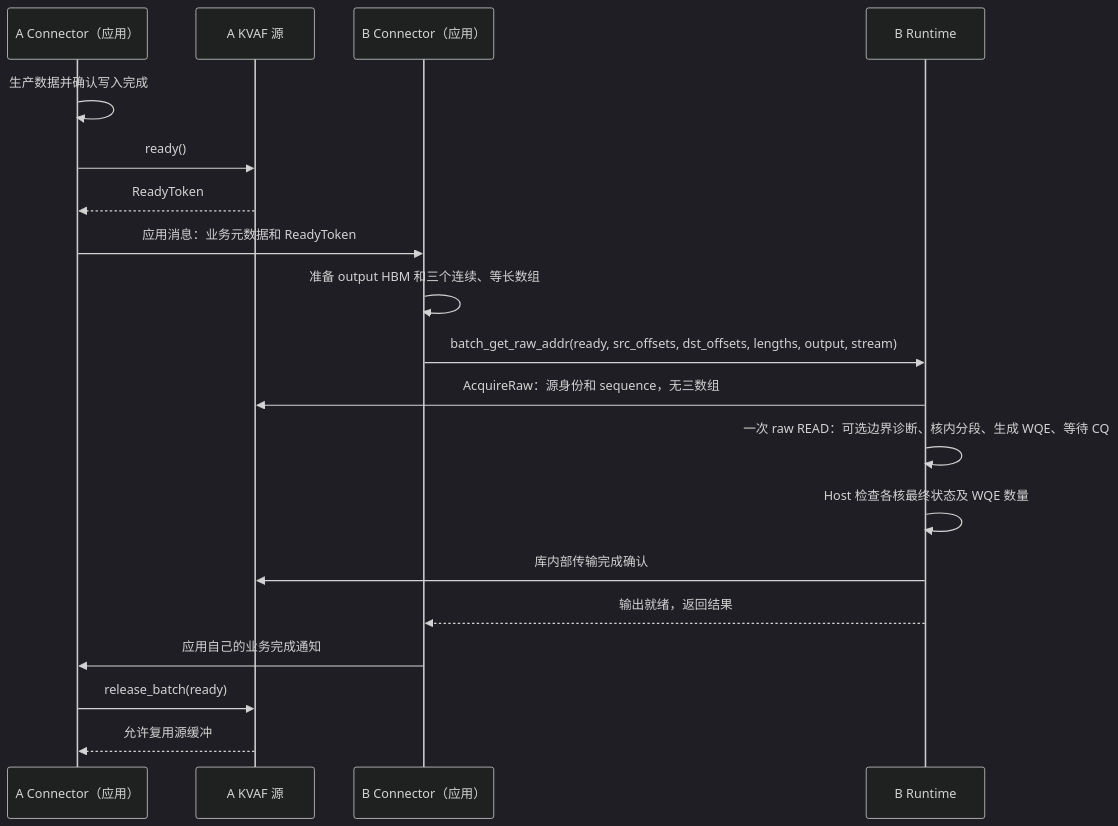
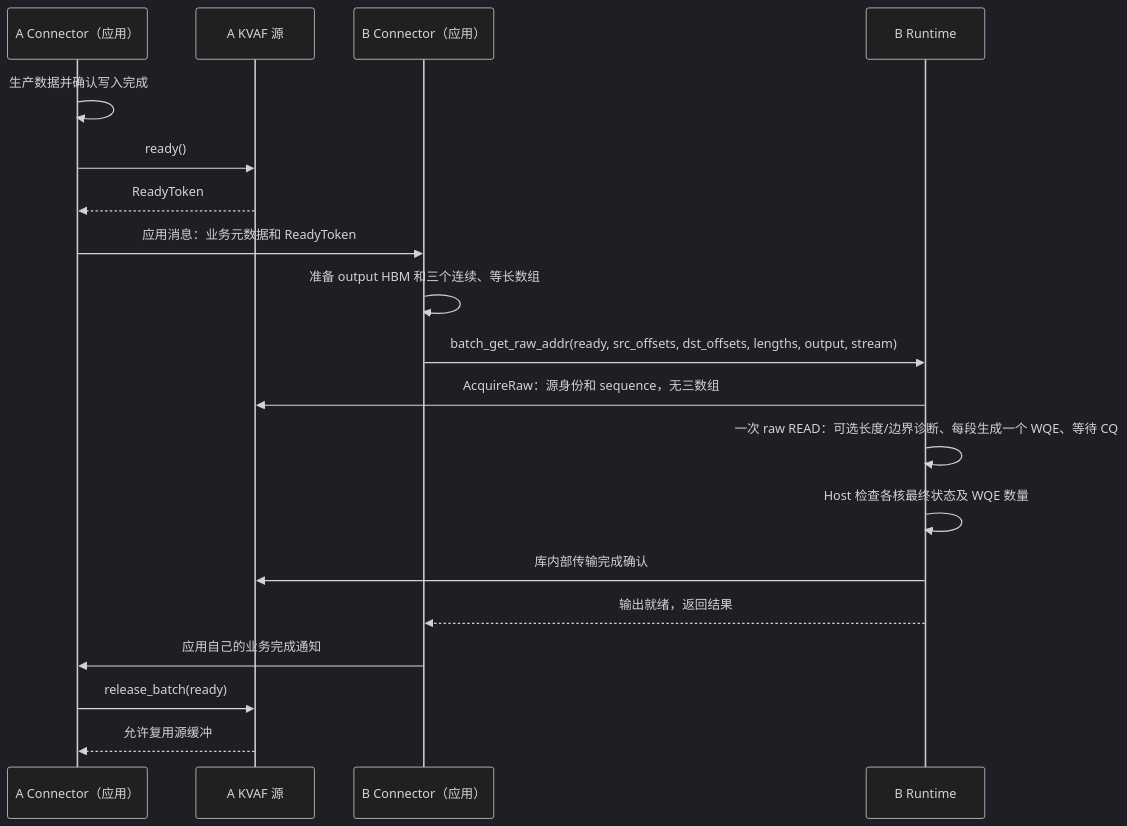
Before and after one commit to zxdgongjue-spec/KVAF: the second of 2 diagrams in docs/connector_pull_api_design.md, drawn with Mermaid (dark theme). The commit also changed other lines of this file and 10 other files, not shown here.

Commit message:
perf: issue one WQE per raw HBM read request

````diff
--- a/docs/connector_pull_api_design.md
+++ b/docs/connector_pull_api_design.md
@@ -424,22 +424,22 @@
 ```mermaid
 sequenceDiagram
     participant AC as A Connector（应用）
     participant AS as A KVAF 源
     participant BC as B Connector（应用）
     participant BR as B Runtime
 
     AC->>AC: 生产数据并确认写入完成
     AC->>AS: ready()
     AS-->>AC: ReadyToken
     AC->>BC: 应用消息：业务元数据和 ReadyToken
     BC->>BC: 准备 output HBM 和三个连续、等长数组
     BC->>BR: batch_get_raw_addr(ready, src_offsets, dst_offsets, lengths, output, stream)
     BR->>AS: AcquireRaw：源身份和 sequence，无三数组
-    BR->>BR: 一次 raw READ：可选边界诊断、核内分段、生成 WQE、等待 CQ
+    BR->>BR: 一次 raw READ：可选长度/边界诊断、每段生成一个 WQE、等待 CQ
     BR->>BR: Host 检查各核最终状态及 WQE 数量
     BR->>AS: 库内部传输完成确认
     BR-->>BC: 输出就绪，返回结果
     BC->>AC: 应用自己的业务完成通知
     AC->>AS: release_batch(ready)
     AS-->>AC: 允许复用源缓冲
 ```
````
